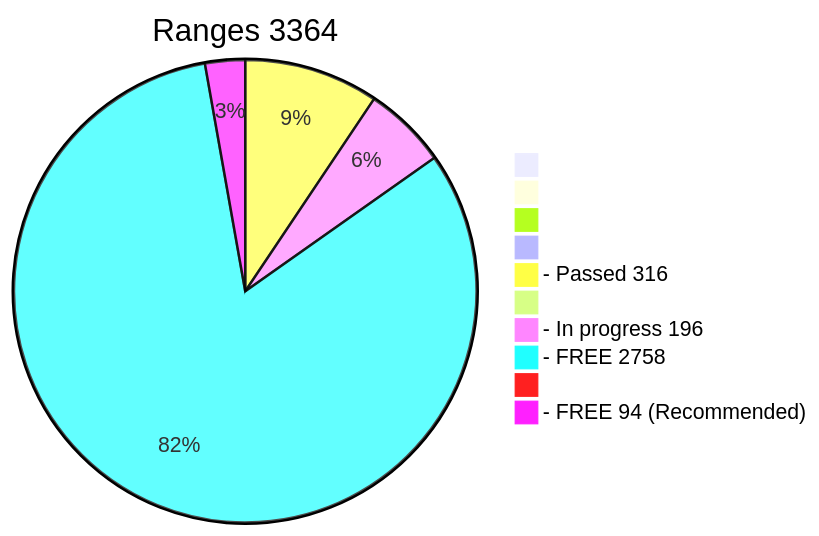
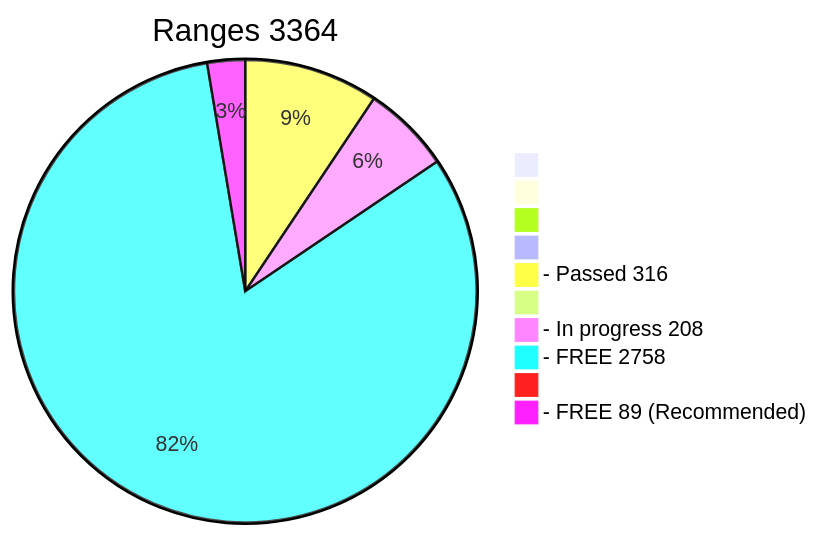
One commit to phrutis/wif500 changed the diagram in x64/Release/table.md. Above: the diagram before and after it, drawn with Mermaid. The commit also changed other lines of this file, not shown here.

````diff
--- a/x64/Release/table.md
+++ b/x64/Release/table.md
@@ -2,13 +2,13 @@
 ```mermaid
 pie title Ranges 3364
   " " : 0
   "  " : 0
   "   " : 0
   "    " : 0
   "- Passed 316" : 316
   "     " : 0
-  "- In progress 196" : 196
+  "- In progress 208" : 208
   "- FREE 2758" : 2758
   "      " : 0
-  "- FREE 94 (Recommended)" : 94
+  "- FREE 89 (Recommended)" : 89
 ```
````
